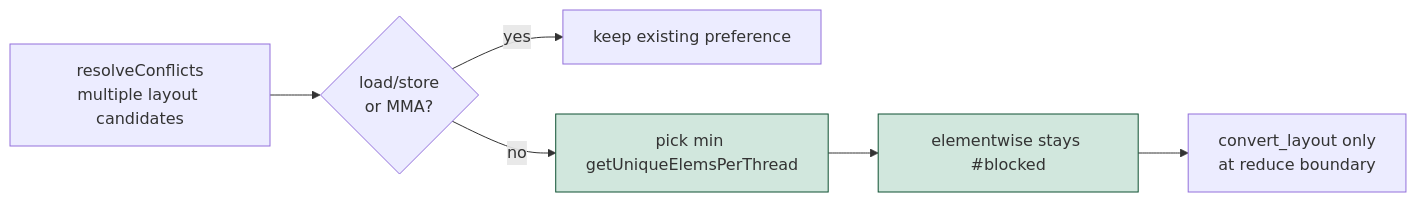
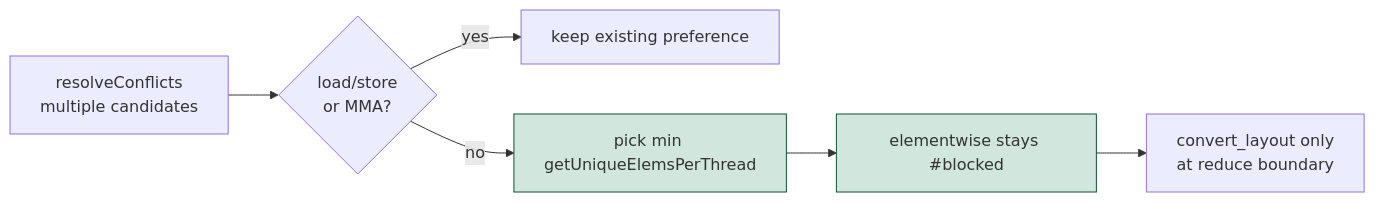
Before and after one commit to ArchanaChetan07/Triton-: the fifth of 7 diagrams in README.md, drawn with Mermaid. The commit also changed other lines of this file, not shown here.

Commit message:
Fix README: encoding, sm_90 badge accuracy, measured PTX lines, diagrams

````diff
--- a/README.md
+++ b/README.md
@@ -123,11 +118,11 @@
 ```mermaid
 flowchart LR
-    C["resolveConflicts<br/>multiple layout candidates"] --> P{"load/store<br/>or MMA?"}
+    C["resolveConflicts<br/>multiple candidates"] --> P{"load/store<br/>or MMA?"}
     P -->|yes| Pref["keep existing preference"]
     P -->|no| E["pick min getUniqueElemsPerThread"]
     E --> Out["elementwise stays #blocked"]
     Out --> Conv["convert_layout only<br/>at reduce boundary"]
 
     style E fill:#d1e7dd,stroke:#0f5132
     style Out fill:#d1e7dd,stroke:#0f5132
 ```
````
